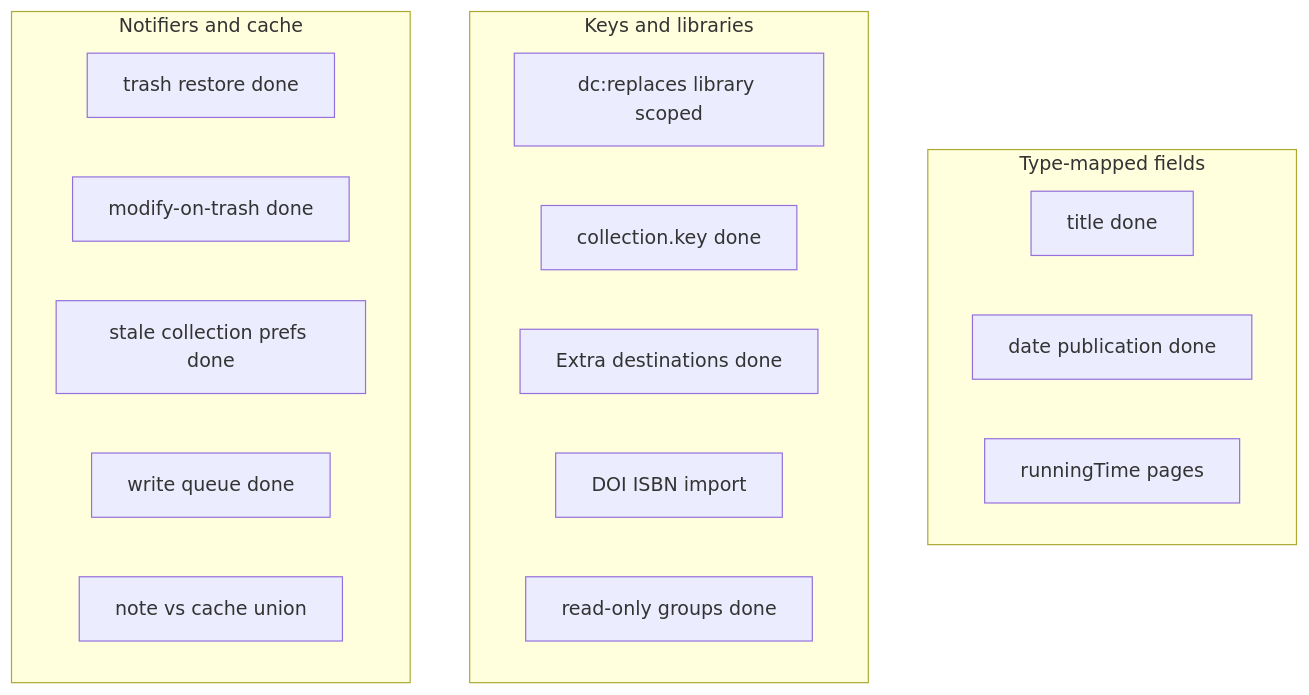
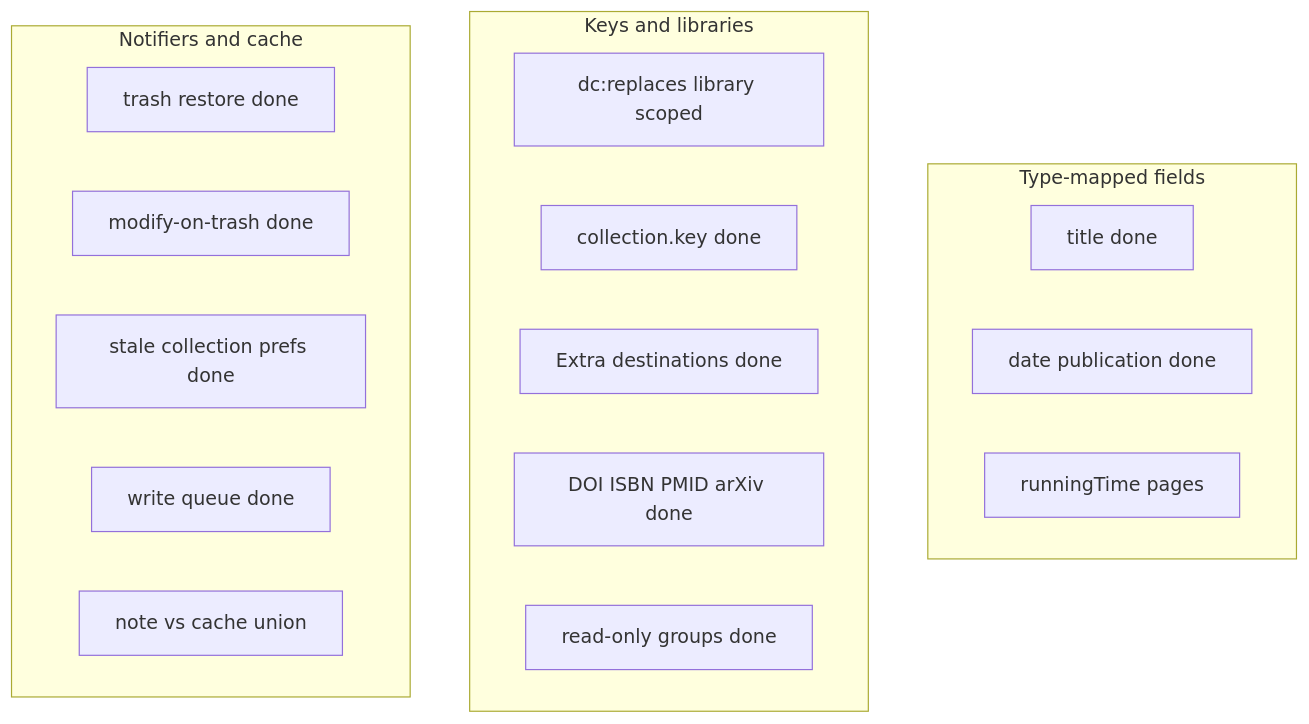
One commit to janbaykara/zotero-syllabus changed the diagram in .cursor/plans/edge_case_catalog_f566d0b4.plan.md. Above: the diagram before and after it, drawn with Mermaid. The commit also changed other lines of this file, not shown here.

First line of the commit message:
Mark hygiene robustness items done in the catalog

````diff
--- a/.cursor/plans/edge_case_catalog_f566d0b4.plan.md
+++ b/.cursor/plans/edge_case_catalog_f566d0b4.plan.md
@@ -63,22 +78,22 @@
 ```mermaid
 flowchart TD
   subgraph fields [Type-mapped fields]
     title[title done]
     date[date publication done]
     runtime[runningTime pages]
   end
   subgraph keys [Keys and libraries]
     merge[dc:replaces library scoped]
     collKey[collection.key done]
     extraMove[Extra destinations done]
-    doiIsbn[DOI ISBN import]
+    doiIsbn[DOI ISBN PMID arXiv done]
     readonly[read-only groups done]
   end
   subgraph events [Notifiers and cache]
     trash[trash restore done]
     deletedModify[modify-on-trash done]
     prefs[stale collection prefs done]
     writeQ[write queue done]
     noteMerge[note vs cache union]
   end
 ```
````
